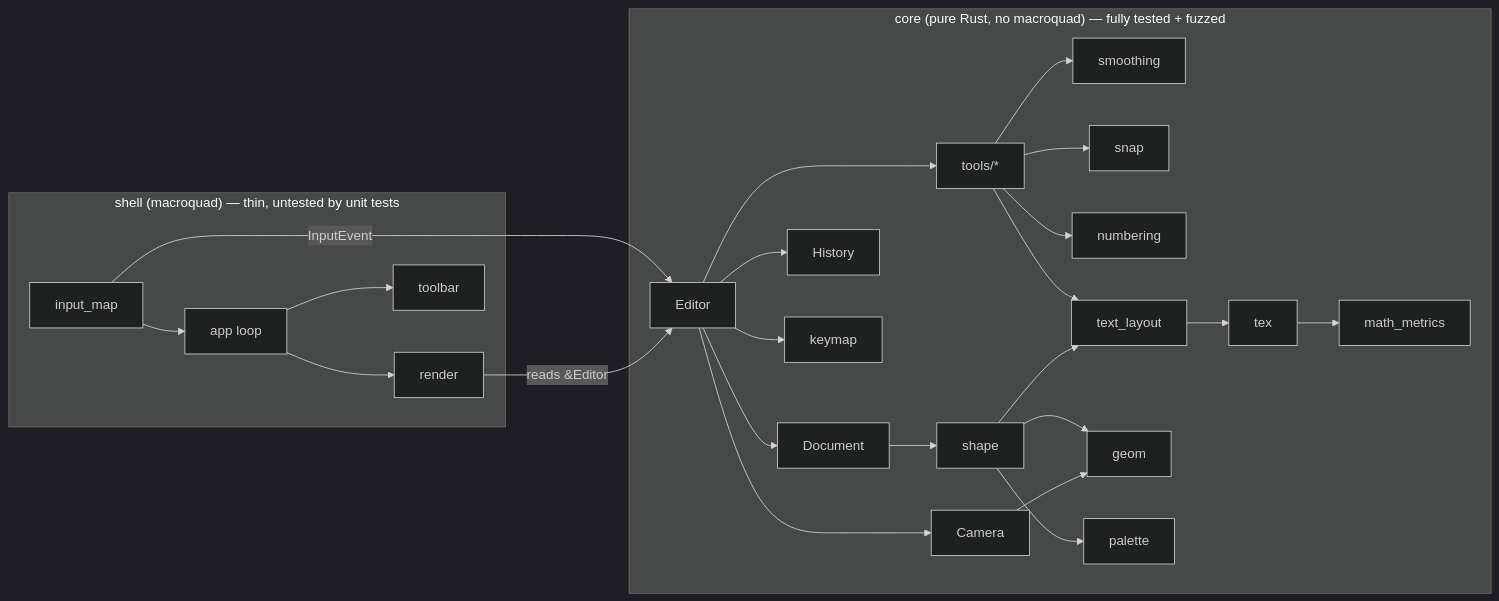
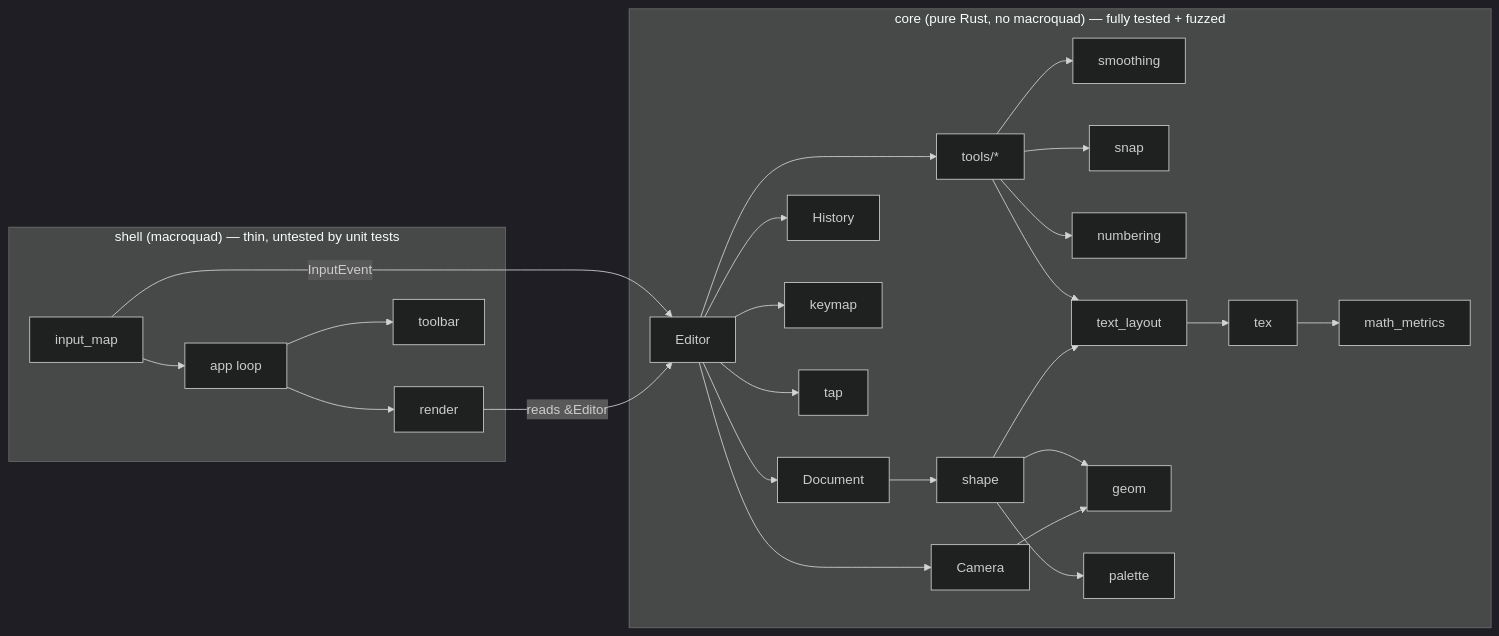
Before and after one commit to UmBender/draw: the diagram in docs/architecture/Architecture.md, drawn with Mermaid (dark theme). The commit also changed other lines of this file and 4 other files, not shown here.

````diff
--- a/docs/architecture/Architecture.md
+++ b/docs/architecture/Architecture.md
@@ -14,28 +14,29 @@
 ```mermaid
 flowchart LR
   subgraph shell["shell (macroquad) — thin, untested by unit tests"]
     IM[input_map] --> APP[app loop]
     APP --> R[render]
     APP --> TB[toolbar]
   end
   subgraph core["core (pure Rust, no macroquad) — fully tested + fuzzed"]
     ED[Editor] --> DOC[Document]
     ED --> HIS[History]
     ED --> CAM[Camera]
     ED --> TOOLS[tools/*]
     ED --> KM[keymap]
+    ED --> TAP[tap]
     TOOLS --> SM[smoothing]
     TOOLS --> SNAP[snap]
     TOOLS --> NUM[numbering]
     TOOLS --> TL[text_layout]
     SH --> TL
     TL --> TEX[tex]
     TEX --> MM[math_metrics]
     DOC --> SH[shape]
     SH --> G[geom]
     CAM --> G
     SH --> PAL[palette]
   end
   IM -- "InputEvent" --> ED
   R -- "reads &Editor" --> ED
 ```
````
